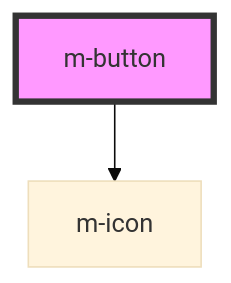
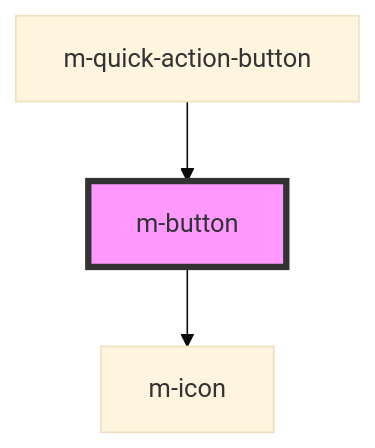
The diagram in libraries/modyo-design-system/src/components/m-button/readme.md (dynamic-framework/dynamic-ui), drawn with Mermaid (base theme) before and after one commit. The commit also changed other lines of this file and 32 other files, not shown here.

Commit message:
feat: m-quick-action homologation

````diff
--- a/libraries/modyo-design-system/src/components/m-button/readme.md
+++ b/libraries/modyo-design-system/src/components/m-button/readme.md
@@ -43,5 +47,6 @@
 ```mermaid
 graph TD;
   m-button --> m-icon
+  m-quick-action-button --> m-button
   style m-button fill:#f9f,stroke:#333,stroke-width:4px
 ```
````
